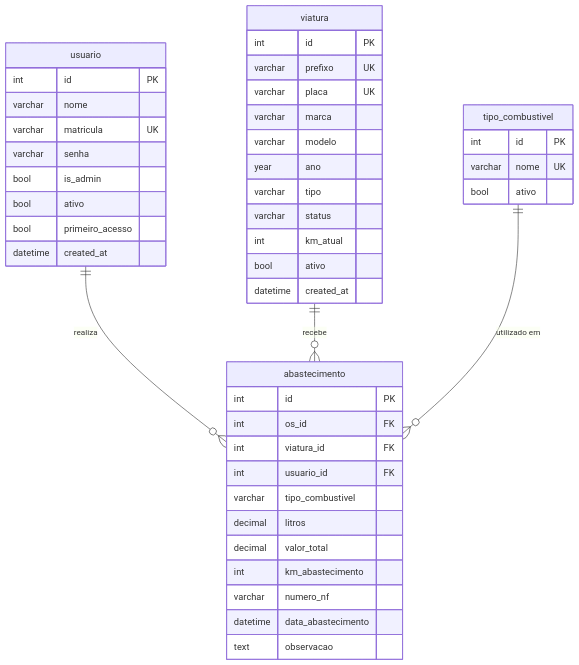
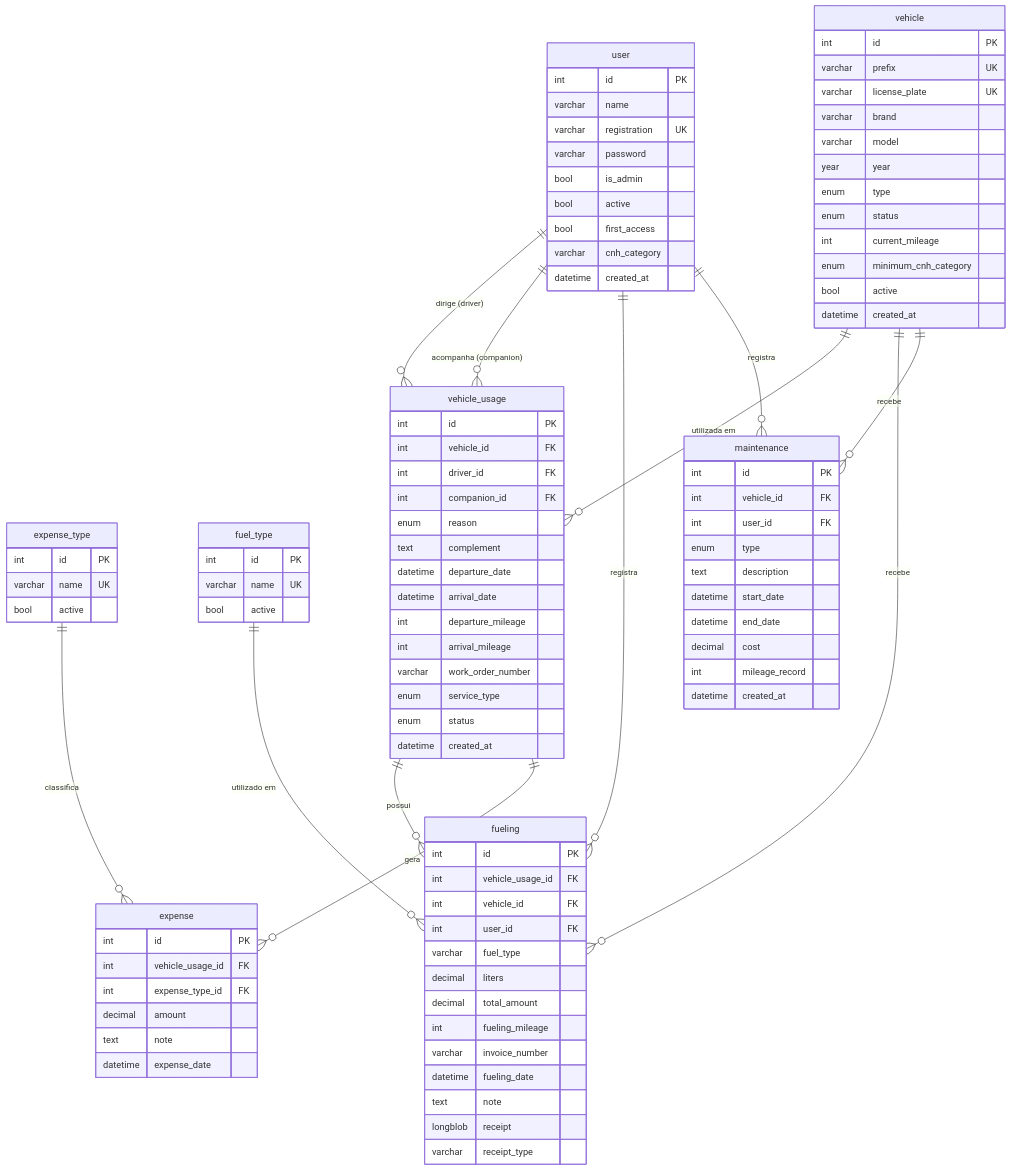
One commit to LizardsDBA/API-2026-3 changed the diagram in docs/manuais/tecnico/Dicionario de dados.md. Above: the diagram before and after it, drawn with Mermaid. The commit also changed other lines of this file, not shown here.

Commit message:
docs<LIZARDS-165>: ajuste do dicionario e do modelo conforme novo schema

````diff
--- a/docs/manuais/tecnico/Dicionario de dados.md
+++ b/docs/manuais/tecnico/Dicionario de dados.md
@@ -68,51 +134,108 @@
 ```mermaid
 erDiagram
-    usuario {
+    user {
         int id PK
-        varchar nome
-        varchar matricula UK
-        varchar senha
+        varchar name
+        varchar registration UK
+        varchar password
         bool is_admin
-        bool ativo
-        bool primeiro_acesso
+        bool active
+        bool first_access
+        varchar cnh_category
         datetime created_at
     }
 
-    viatura {
+    vehicle {
         int id PK
-        varchar prefixo UK
-        varchar placa UK
-        varchar marca
-        varchar modelo
-        year ano
-        varchar tipo
-        varchar status
-        int km_atual
-        bool ativo
+        varchar prefix UK
+        varchar license_plate UK
+        varchar brand
+        varchar model
+        year year
+        enum type
+        enum status
+        int current_mileage
+        enum minimum_cnh_category
+        bool active
         datetime created_at
     }
 
-    tipo_combustivel {
+    expense_type {
         int id PK
-        varchar nome UK
-        bool ativo
+        varchar name UK
+        bool active
     }
 
-    abastecimento {
+    fuel_type {
         int id PK
-        int os_id FK
-        int viatura_id FK
-        int usuario_id FK
-        varchar tipo_combustivel
-        decimal litros
-        decimal valor_total
-        int km_abastecimento
-        varchar numero_nf
-        datetime data_abastecimento
-        text observacao
+        varchar name UK
+        bool active
     }
 
-    usuario ||--o{ abastecimento : realiza
-    viatura ||--o{ abastecimento : recebe
-    tipo_combustivel ||--o{ abastecimento : "utilizado em"
+    vehicle_usage {
+        int id PK
+        int vehicle_id FK
+        int driver_id FK
+        int companion_id FK
+        enum reason
+        text complement
+        datetime departure_date
+        datetime arrival_date
+        int departure_mileage
+        int arrival_mileage
+        varchar work_order_number
+        enum service_type
+        enum status
+        datetime created_at
+    }
+
+    fueling {
+        int id PK
+        int vehicle_usage_id FK
+        int vehicle_id FK
+        int user_id FK
+        varchar fuel_type
+        decimal liters
+        decimal total_amount
+        int fueling_mileage
+        varchar invoice_number
+        datetime fueling_date
+        text note
+        longblob receipt
+        varchar receipt_type
+    }
+
+    expense {
+        int id PK
+        int vehicle_usage_id FK
+        int expense_type_id FK
+        decimal amount
+        text note
+        datetime expense_date
+    }
+
+    maintenance {
+        int id PK
+        int vehicle_id FK
+        int user_id FK
+        enum type
+        text description
+        datetime start_date
+        datetime end_date
+        decimal cost
+        int mileage_record
+        datetime created_at
+    }
+
+    user ||--o{ vehicle_usage : "dirige (driver)"
+    user ||--o{ vehicle_usage : "acompanha (companion)"
+    vehicle ||--o{ vehicle_usage : "utilizada em"
+    vehicle_usage ||--o{ fueling : "possui"
+    vehicle_usage ||--o{ expense : "gera"
+    vehicle ||--o{ fueling : "recebe"
+    user ||--o{ fueling : "registra"
+    vehicle ||--o{ maintenance : "recebe"
+    user ||--o{ maintenance : "registra"
+    expense_type ||--o{ expense : "classifica"
+    fuel_type ||--o{ fueling : "utilizado em"
 ```
````
